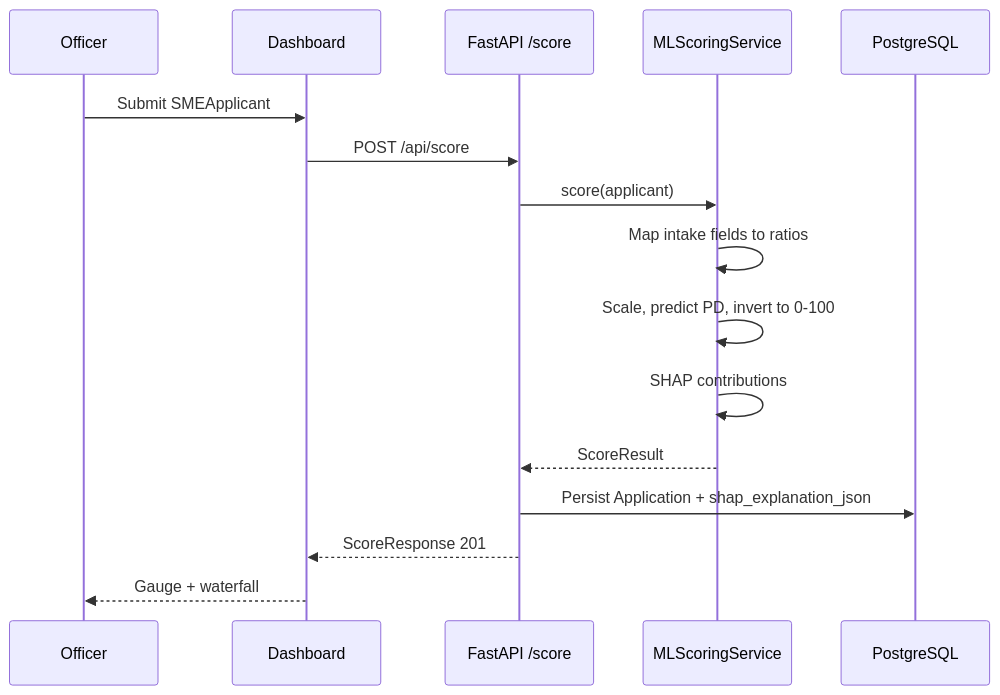
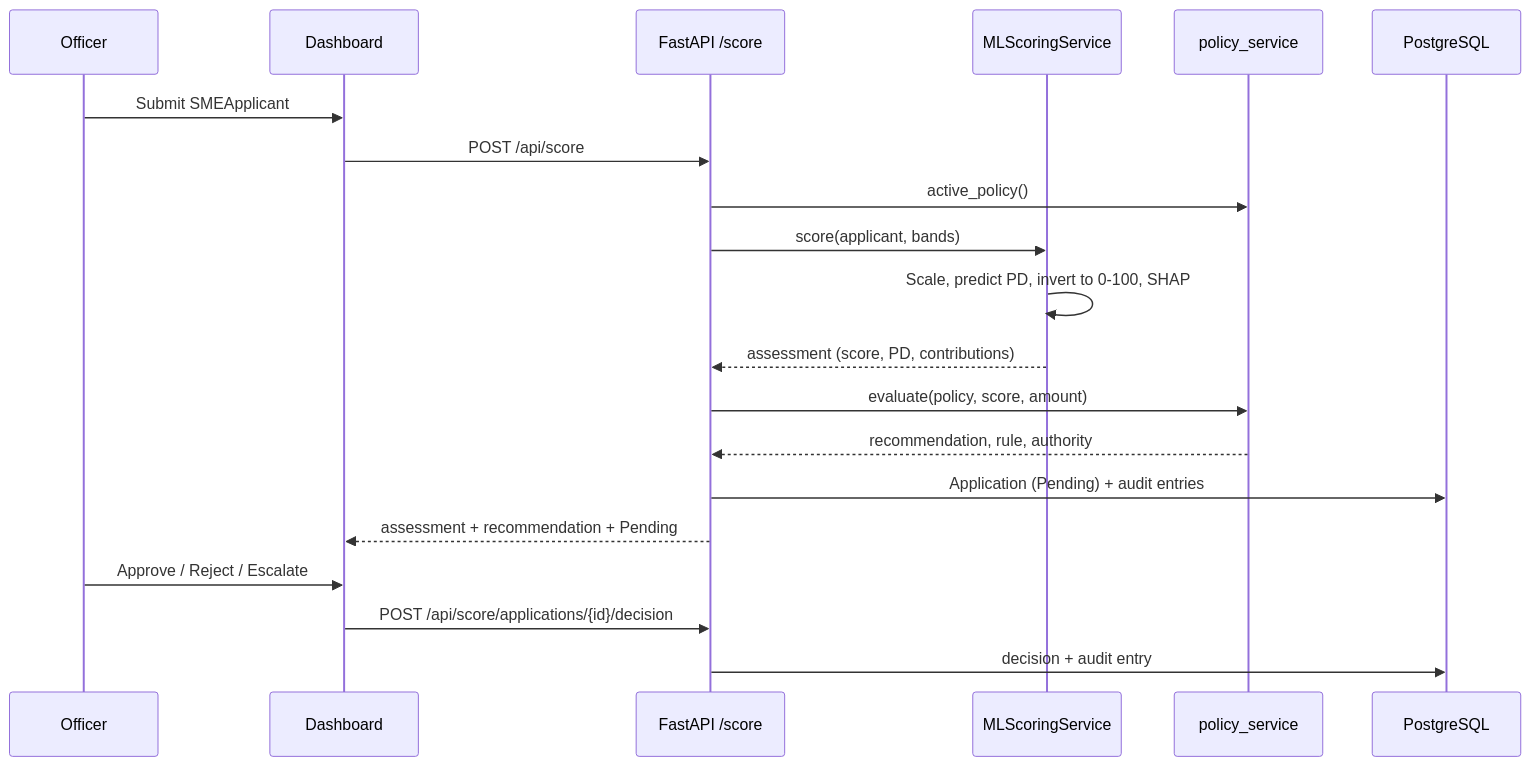
One commit to Idreesi8/ForiFlow changed the second of 7 diagrams in docs/architecture.md. Above: the diagram before and after it, drawn with Mermaid. The commit also changed other lines of this file and 59 other files, not shown here.

````diff
--- a/docs/architecture.md
+++ b/docs/architecture.md
@@ -32,19 +32,23 @@
 ```mermaid
 sequenceDiagram
     participant Officer
     participant Dashboard
     participant API as FastAPI /score
     participant Engine as MLScoringService
+    participant Policy as policy_service
     participant DB as PostgreSQL
 
     Officer->>Dashboard: Submit SMEApplicant
     Dashboard->>API: POST /api/score
-    API->>Engine: score(applicant)
-    Engine->>Engine: Map intake fields to ratios
-    Engine->>Engine: Scale, predict PD, invert to 0-100
-    Engine->>Engine: SHAP contributions
-    Engine-->>API: ScoreResult
-    API->>DB: Persist Application + shap_explanation_json
-    API-->>Dashboard: ScoreResponse 201
-    Dashboard-->>Officer: Gauge + waterfall
+    API->>Policy: active_policy()
+    API->>Engine: score(applicant, bands)
+    Engine->>Engine: Scale, predict PD, invert to 0-100, SHAP
+    Engine-->>API: assessment (score, PD, contributions)
+    API->>Policy: evaluate(policy, score, amount)
+    Policy-->>API: recommendation, rule, authority
+    API->>DB: Application (Pending) + audit entries
+    API-->>Dashboard: assessment + recommendation + Pending
+    Officer->>Dashboard: Approve / Reject / Escalate
+    Dashboard->>API: POST /api/score/applications/{id}/decision
+    API->>DB: decision + audit entry
 ```
````
